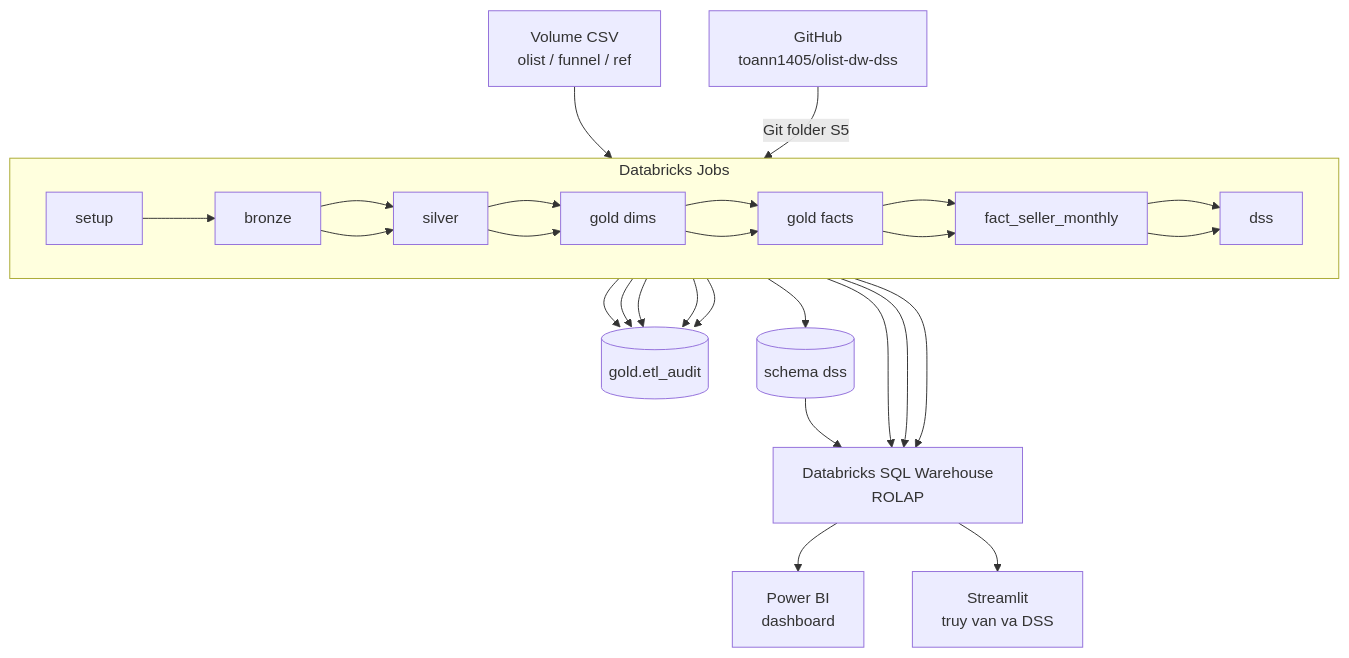
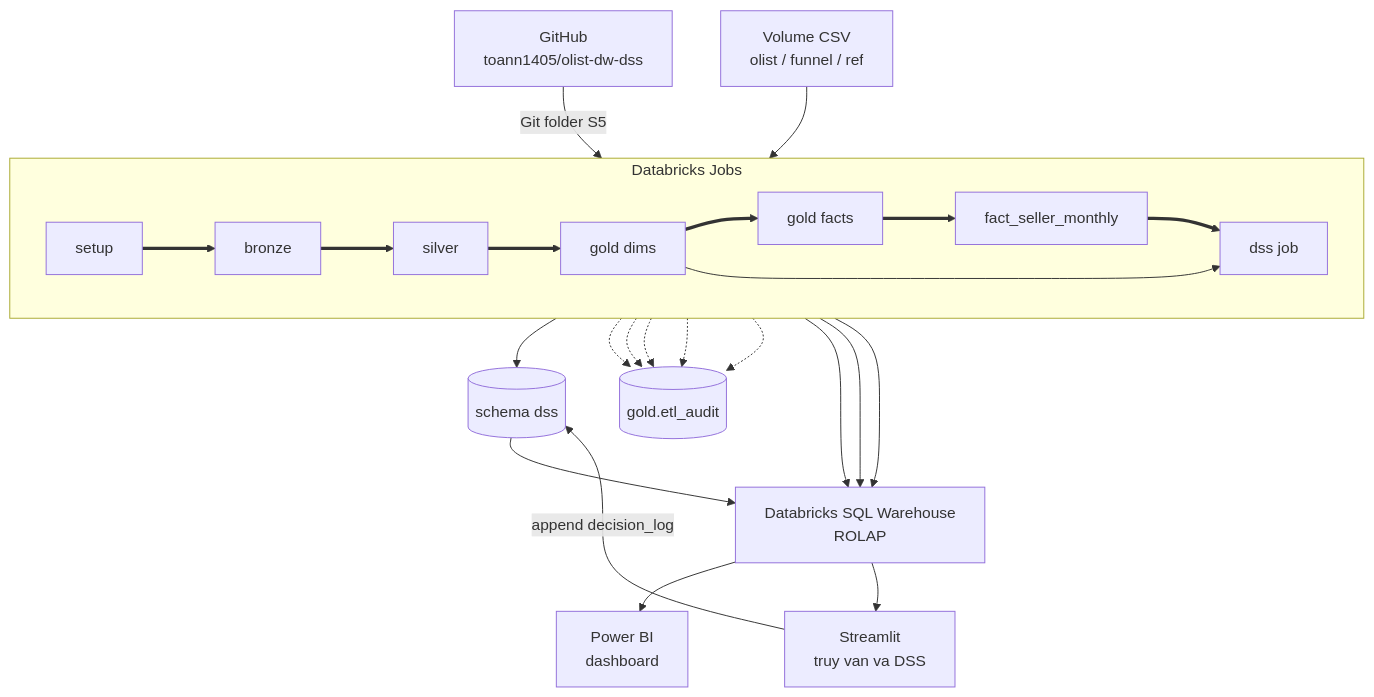
The diagram in docs/architecture.md (toann1405/olist-dw-dss), drawn with Mermaid before and after one commit. The commit also changed other lines of this file and 13 other files, not shown here.

````diff
--- a/docs/architecture.md
+++ b/docs/architecture.md
@@ -7,41 +7,39 @@
 ```mermaid
 flowchart TB
   gh["GitHub<br/>toann1405/olist-dw-dss"]
   vol["Volume CSV<br/>olist / funnel / ref"]
   wh["Databricks SQL Warehouse<br/>ROLAP"]
   pbi["Power BI<br/>dashboard"]
   st["Streamlit<br/>truy van va DSS"]
-
-  gh -->|Git folder S5| jobs
+  audit[(gold.etl_audit)]
+  dss[(schema dss)]
 
   subgraph jobs [Databricks Jobs]
     direction LR
-    setup[setup] --> bronze[bronze]
-    bronze --> silver[silver]
-    silver --> dims[gold dims]
-    dims --> facts[gold facts]
-    facts --> monthly[fact_seller_monthly]
-    monthly --> dssjob[dss]
+    setup[setup] ==> bronze[bronze]
+    bronze ==> silver[silver]
+    silver ==> dims[gold dims]
+    dims ==> facts[gold facts]
+    facts ==> monthly[fact_seller_monthly]
+    monthly ==> dssjob[dss job]
   end
 
+  gh -->|Git folder S5| setup
   vol --> bronze
-  bronze --> silver
-  silver --> dims
-  dims --> facts
-  facts --> monthly
-  monthly --> dssjob
+  dims --> dssjob
+  dssjob --> dss
 
-  bronze --> audit[(gold.etl_audit)]
-  silver --> audit
-  dims --> audit
-  facts --> audit
-  monthly --> audit
+  bronze -.-> audit
+  silver -.-> audit
+  dims -.-> audit
+  facts -.-> audit
+  monthly -.-> audit
 
   facts --> wh
   monthly --> wh
   dims --> wh
-  dssjob --> dss[(schema dss)]
   dss --> wh
   wh --> pbi
   wh --> st
+  st -->|append decision_log| dss
 ```
````
